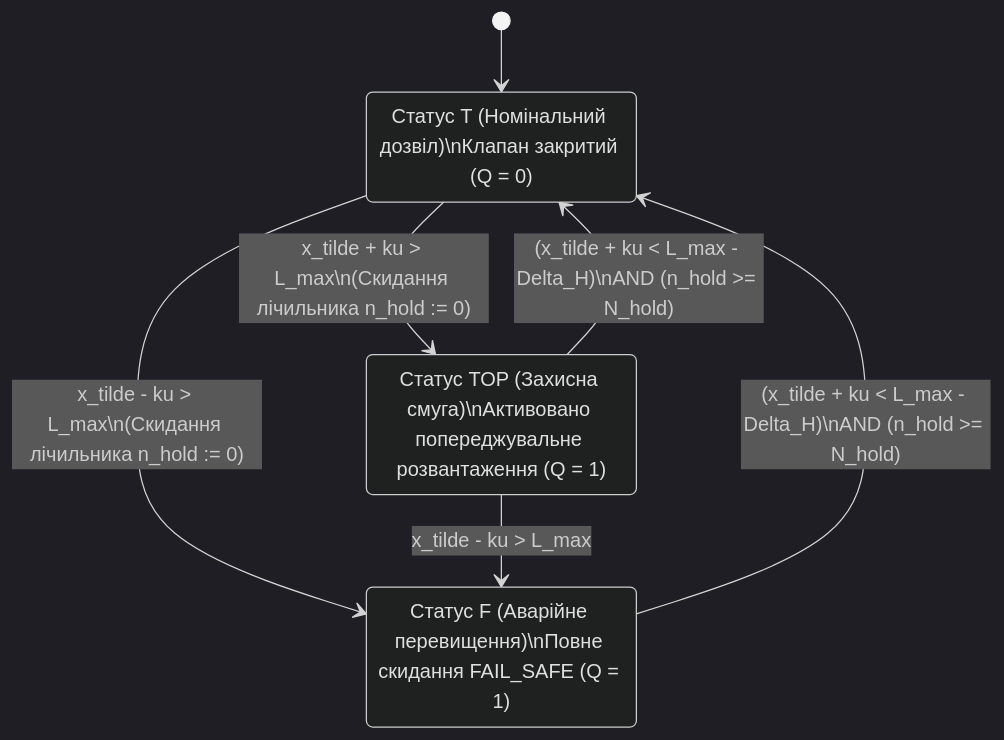
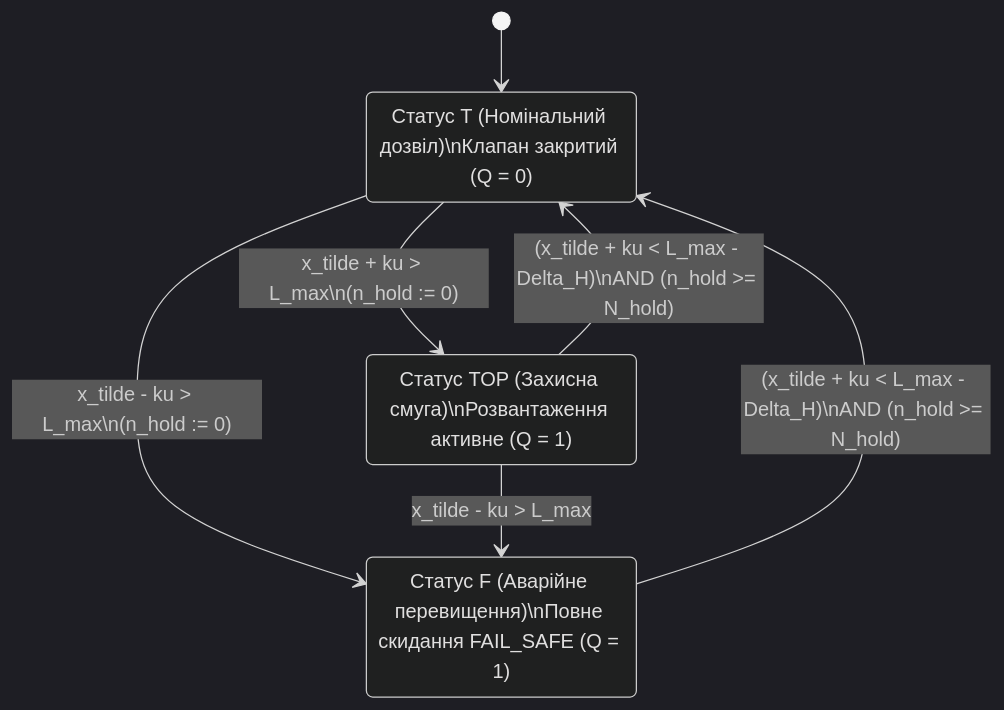
The diagram in Epistemic_Circuit_Theory/memo-07-sequential-circuit-dynamics-lyapunov-stability-and-chattering-suppression.md (nick-fedchik/articles), drawn with Mermaid (dark theme) before and after one commit. The commit also changed other lines of this file and 4 other files, not shown here.

````diff
--- a/Epistemic_Circuit_Theory/memo-07-sequential-circuit-dynamics-lyapunov-stability-and-chattering-suppression.md
+++ b/Epistemic_Circuit_Theory/memo-07-sequential-circuit-dynamics-lyapunov-stability-and-chattering-suppression.md
@@ -53,17 +54,17 @@
 ```mermaid
 stateDiagram-v2
-    accTitle: Рисунок 1. Скінченний автомат переходів пари E_BOUND + E_LATCH з асиметричною петлею гістерезису Delta_H
-    accDescr: Діаграма станів показує перехід із номінального стану T у захисні стани TOP та F при перевищенні порога L_max - ku та зворотний перехід у T лише при одночасному спаданні сигналу нижче L_max - ku - Delta_H і завершенні часу утримання N_hold тактів.
+    accTitle: Рисунок 1. Скінченний автомат пари E_BOUND + E_LATCH із бар'єрною петлею гістерезису Delta_H
+    accDescr: Діаграма станів показує перехід із дозволу T у захисні стани TOP/F при перевищенні L_max - ku та зворотний перехід у T лише при спаданні сигналу нижче L_max - ku - Delta_H і виконанні умови часу утримання n_hold >= N_hold.
 
     [*] --> State_T
     State_T: Статус T (Номінальний дозвіл)\nКлапан закритий (Q = 0)
-    State_TOP: Статус TOP (Захисна смуга)\nАктивовано попереджувальне розвантаження (Q = 1)
+    State_TOP: Статус TOP (Захисна смуга)\nРозвантаження активне (Q = 1)
     State_F: Статус F (Аварійне перевищення)\nПовне скидання FAIL_SAFE (Q = 1)
 
-    State_T --> State_TOP: x_tilde + ku > L_max\n(Скидання лічильника n_hold := 0)
-    State_T --> State_F: x_tilde - ku > L_max\n(Скидання лічильника n_hold := 0)
+    State_T --> State_TOP: x_tilde + ku > L_max\n(n_hold := 0)
+    State_T --> State_F: x_tilde - ku > L_max\n(n_hold := 0)
     State_TOP --> State_F: x_tilde - ku > L_max
 
     State_TOP --> State_T: (x_tilde + ku < L_max - Delta_H)\nAND (n_hold >= N_hold)
     State_F --> State_T: (x_tilde + ku < L_max - Delta_H)\nAND (n_hold >= N_hold)
 ```
````
